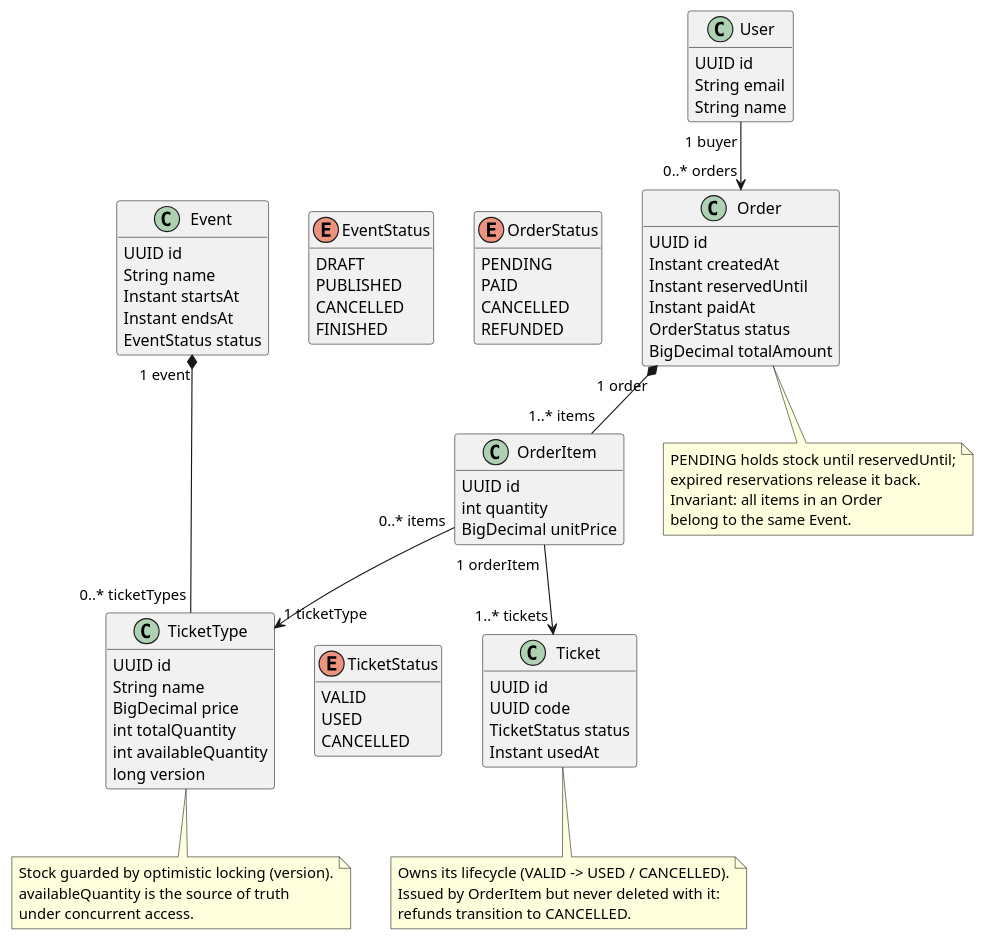
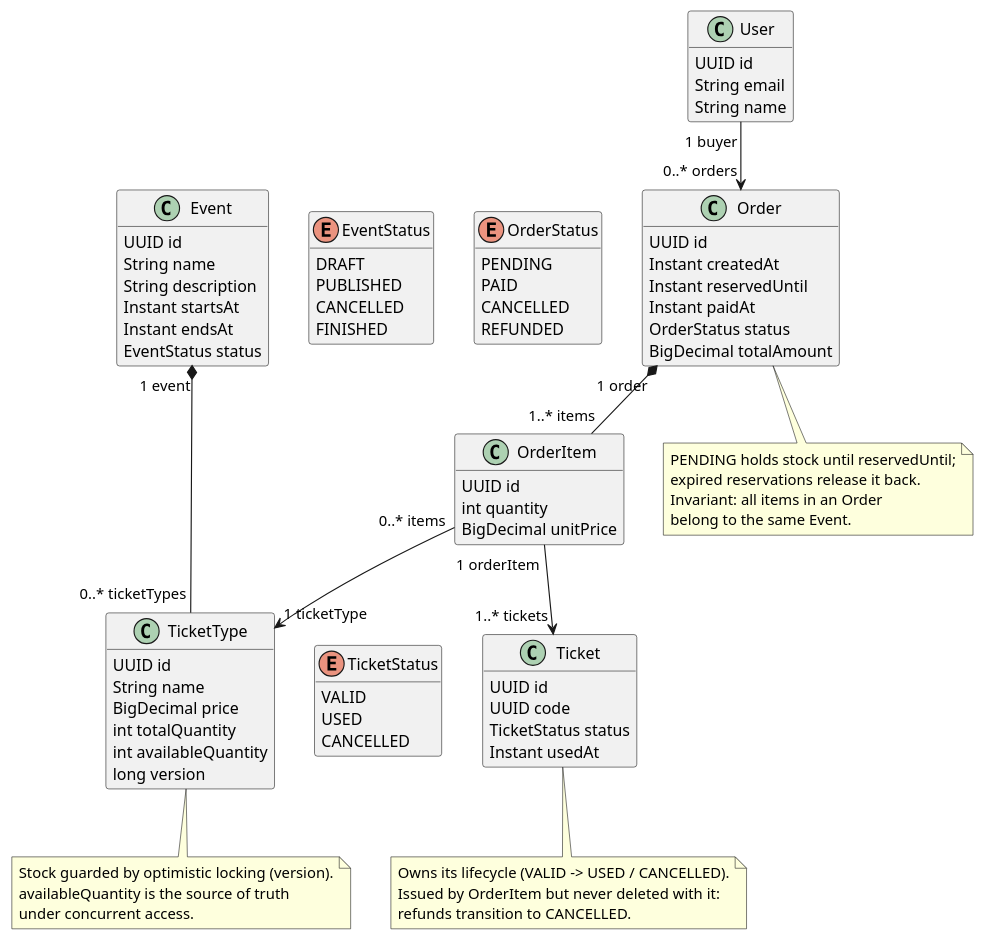
Before and after one commit to MatheusLeiteCarneiro/soldout-api: the diagram in docs/diagrams/class-model.puml, drawn with PlantUML. The commit also changed 1 other file, not shown here.

Commit message:
docs: add description atribute do Event class

```diff
--- a/docs/diagrams/class-model.puml
+++ b/docs/diagrams/class-model.puml
@@ -1,98 +1,99 @@
 @startuml
 
 hide empty members
 skinparam classAttributeIconSize 0
 
 together {
   class Event {
     UUID id
     String name
+    String description
     Instant startsAt
     Instant endsAt
     EventStatus status
   }
   enum EventStatus {
     DRAFT
     PUBLISHED
     CANCELLED
     FINISHED
   }
 }
 
 class TicketType {
   UUID id
   String name
   BigDecimal price
   int totalQuantity
   int availableQuantity
   long version
 }
 
 class User {
   UUID id
   String email
   String name
 }
 
 together {
   class Order {
     UUID id
     Instant createdAt
     Instant reservedUntil
     Instant paidAt
     OrderStatus status
     BigDecimal totalAmount
   }
   enum OrderStatus {
     PENDING
     PAID
     CANCELLED
     REFUNDED
   }
 }
 
 class OrderItem {
   UUID id
   int quantity
   BigDecimal unitPrice
 }
 
 together {
   class Ticket {
     UUID id
     UUID code
     TicketStatus status
     Instant usedAt
   }
   enum TicketStatus {
     VALID
     USED
     CANCELLED
   }
 }
 
 Event "1 event" *-- "0..* ticketTypes" TicketType
 User "1 buyer" --> "0..* orders" Order
 Order "1 order" *-- "1..* items" OrderItem
 OrderItem "1 orderItem" --> "1..* tickets" Ticket
 OrderItem "0..* items" --> "1 ticketType" TicketType
 note bottom of TicketType
   Stock guarded by optimistic locking (version).
   availableQuantity is the source of truth
   under concurrent access.
 end note
 
 note bottom of Order
   PENDING holds stock until reservedUntil;
   expired reservations release it back.
   Invariant: all items in an Order
   belong to the same Event.
 end note
 
 note bottom of Ticket
   Owns its lifecycle (VALID -> USED / CANCELLED).
   Issued by OrderItem but never deleted with it:
   refunds transition to CANCELLED.
 end note
 
 @enduml
```
